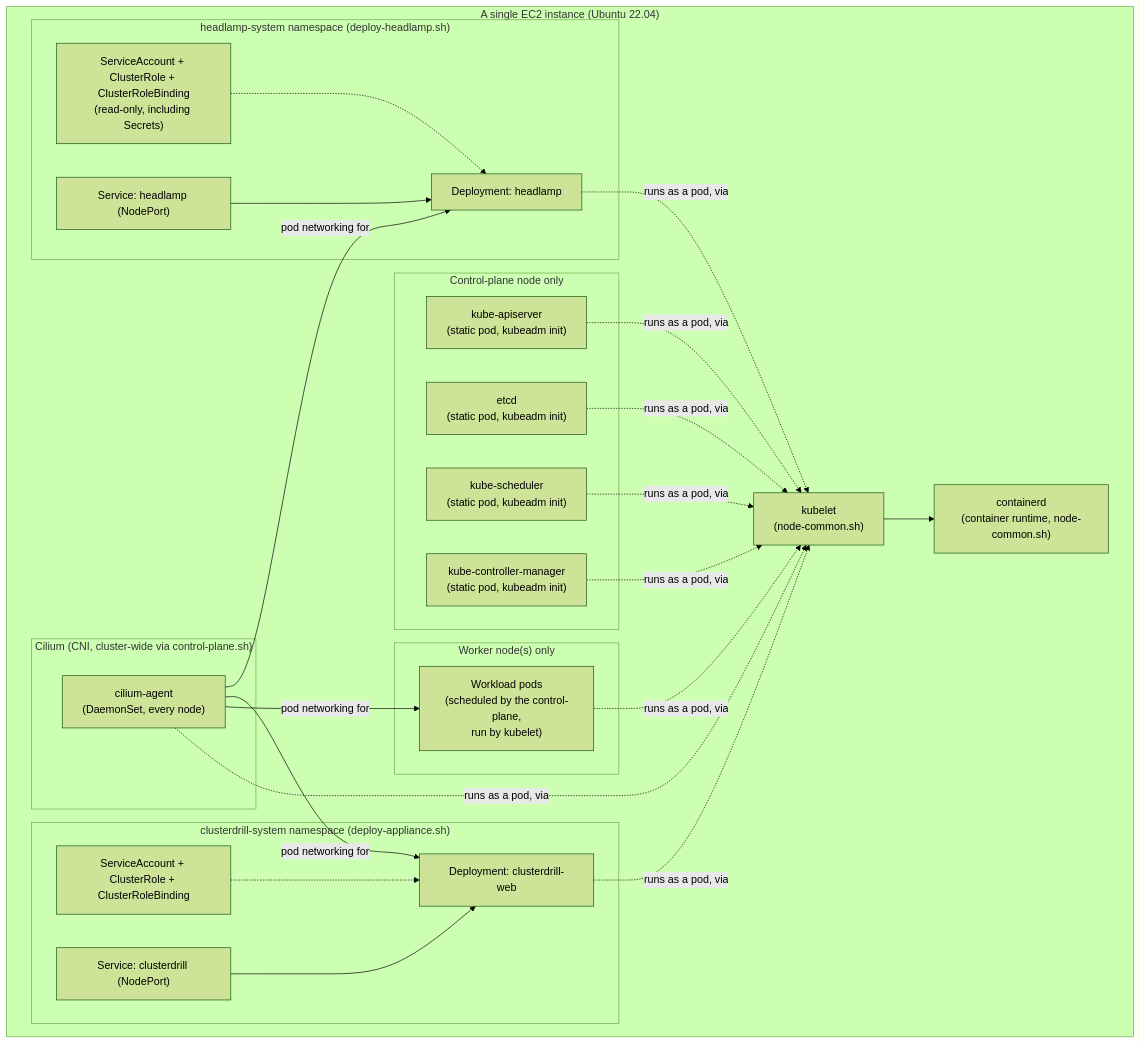
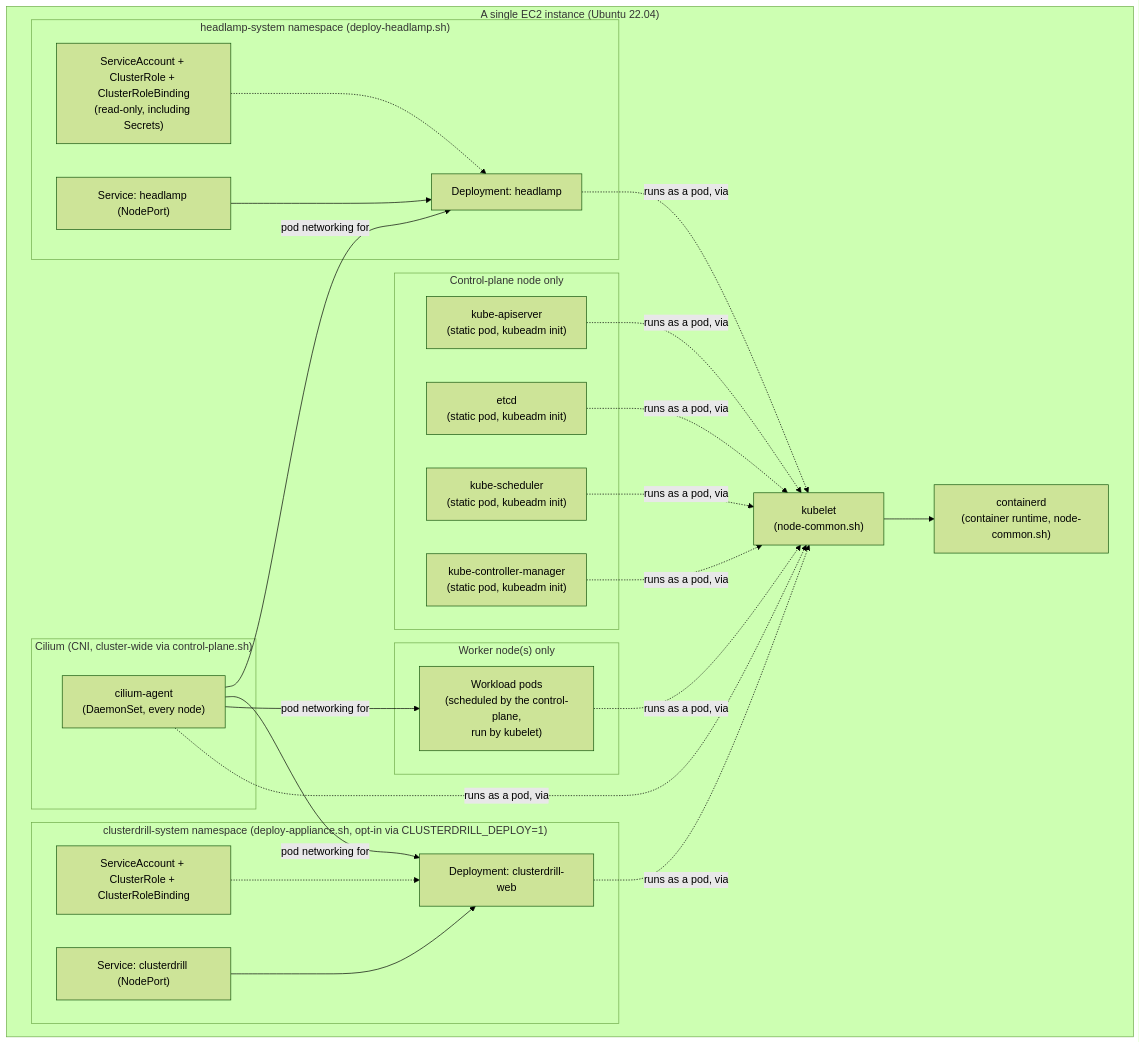
The second of 3 diagrams in docs/ARCHITECTURE.md (onahFran6/clusterdrill-lab), drawn with Mermaid (forest theme) before and after one commit. The commit also changed other lines of this file and 12 other files, not shown here.

First line of the commit message:
Install clusterdrill via its published Helm chart, opt-in (#10)

````diff
--- a/docs/ARCHITECTURE.md
+++ b/docs/ARCHITECTURE.md
@@ -99,53 +103,53 @@
 ```mermaid
 flowchart TD
     subgraph NODE["A single EC2 instance (Ubuntu 22.04)"]
         CONTAINERD["containerd\n(container runtime, node-common.sh)"]
         KUBELET["kubelet\n(node-common.sh)"]
 
         subgraph CPONLY["Control-plane node only"]
             APISERVER["kube-apiserver\n(static pod, kubeadm init)"]
             ETCD["etcd\n(static pod, kubeadm init)"]
             SCHED["kube-scheduler\n(static pod, kubeadm init)"]
             CM["kube-controller-manager\n(static pod, kubeadm init)"]
         end
 
         subgraph WORKERONLY["Worker node(s) only"]
             WORKLOAD["Workload pods\n(scheduled by the control-plane,\nrun by kubelet)"]
         end
 
         subgraph CNI["Cilium (CNI, cluster-wide via control-plane.sh)"]
             CILIUMAGENT["cilium-agent\n(DaemonSet, every node)"]
         end
 
-        subgraph NS1["clusterdrill-system namespace (deploy-appliance.sh)"]
+        subgraph NS1["clusterdrill-system namespace (deploy-appliance.sh, opt-in via CLUSTERDRILL_DEPLOY=1)"]
             APPDEPLOY["Deployment: clusterdrill-web"]
             APPSVC["Service: clusterdrill (NodePort)"]
             APPRBAC["ServiceAccount + ClusterRole + ClusterRoleBinding"]
         end
 
         subgraph NS2["headlamp-system namespace (deploy-headlamp.sh)"]
             DASHDEPLOY["Deployment: headlamp"]
             DASHSVC["Service: headlamp (NodePort)"]
             DASHRBAC["ServiceAccount + ClusterRole + ClusterRoleBinding\n(read-only, including Secrets)"]
         end
 
         KUBELET --> CONTAINERD
         APISERVER -.->|runs as a pod, via| KUBELET
         ETCD -.->|runs as a pod, via| KUBELET
         SCHED -.->|runs as a pod, via| KUBELET
         CM -.->|runs as a pod, via| KUBELET
         WORKLOAD -.->|runs as a pod, via| KUBELET
         CILIUMAGENT -.->|runs as a pod, via| KUBELET
         APPDEPLOY -.->|runs as a pod, via| KUBELET
         DASHDEPLOY -.->|runs as a pod, via| KUBELET
 
         APPRBAC -.-> APPDEPLOY
         APPSVC --> APPDEPLOY
         DASHRBAC -.-> DASHDEPLOY
         DASHSVC --> DASHDEPLOY
 
         CILIUMAGENT -->|pod networking for| WORKLOAD
         CILIUMAGENT -->|pod networking for| APPDEPLOY
         CILIUMAGENT -->|pod networking for| DASHDEPLOY
     end
 ```
````
